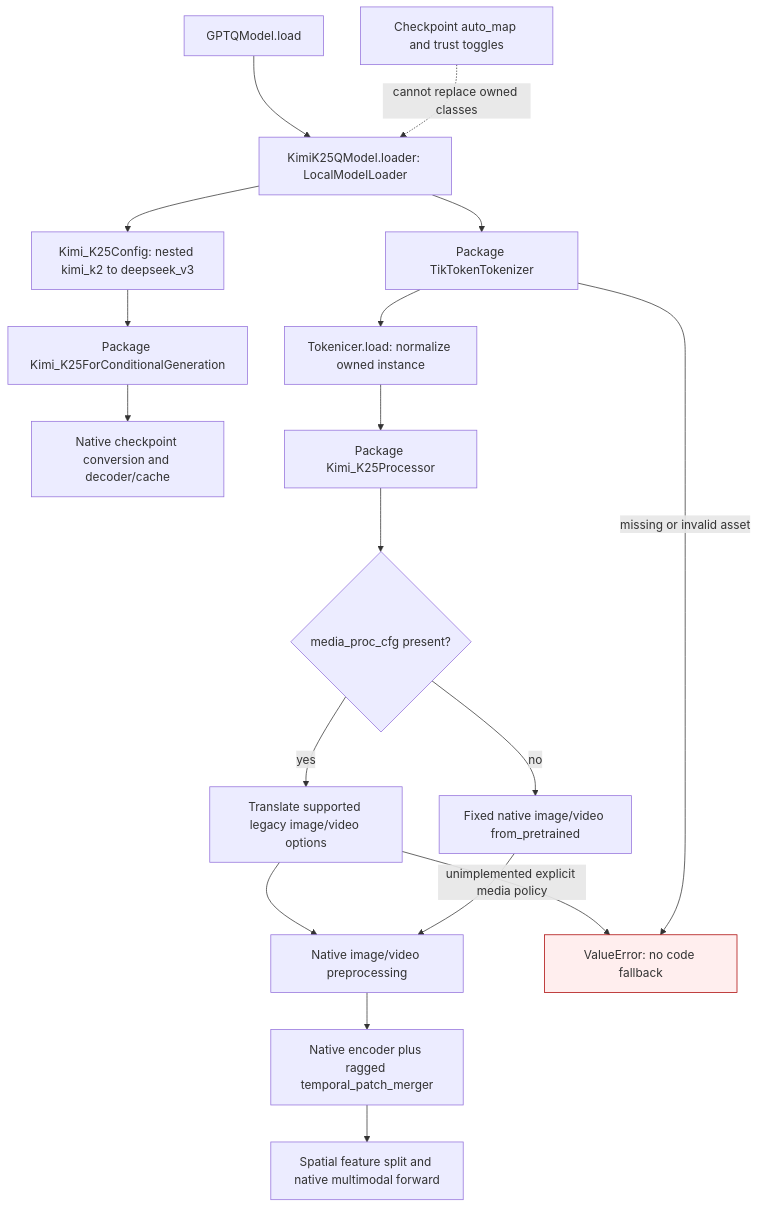
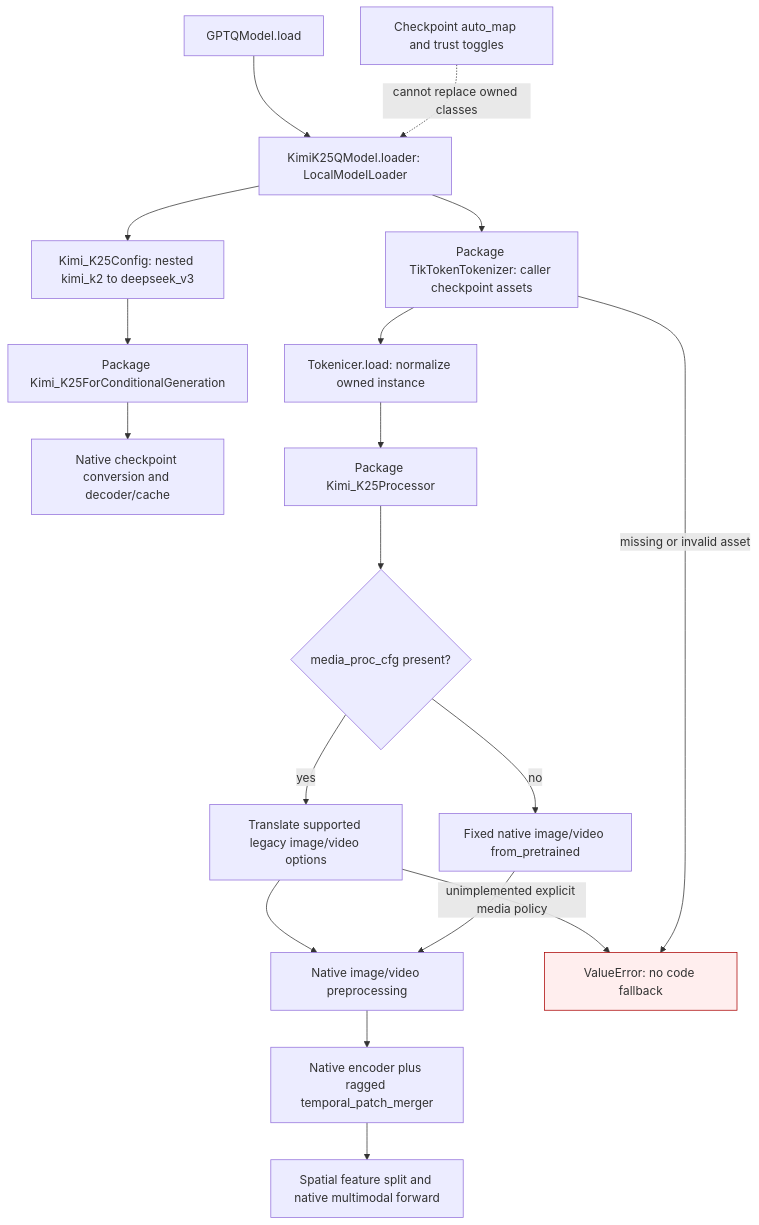
Before and after one commit to ModelCloud/GPTQModel: the second of 3 diagrams in gptqmodel/models/ports/kimi_k25/README.md, drawn with Mermaid. The commit also changed other lines of this file and 13 other files, not shown here.

````diff
--- a/gptqmodel/models/ports/kimi_k25/README.md
+++ b/gptqmodel/models/ports/kimi_k25/README.md
@@ -95,22 +104,22 @@
 ```mermaid
 flowchart TD
   A["GPTQModel.load"] --> B["KimiK25QModel.loader: LocalModelLoader"]
   B --> C["Kimi_K25Config: nested kimi_k2 to deepseek_v3"]
   C --> D["Package Kimi_K25ForConditionalGeneration"]
   D --> E["Native checkpoint conversion and decoder/cache"]
-  B --> F["Package TikTokenTokenizer"]
+  B --> F["Package TikTokenTokenizer: caller checkpoint assets"]
   F --> G["Tokenicer.load: normalize owned instance"]
   G --> H["Package Kimi_K25Processor"]
   H --> I{"media_proc_cfg present?"}
   I -->|yes| J["Translate supported legacy image/video options"]
   I -->|no| K["Fixed native image/video from_pretrained"]
   J --> L["Native image/video preprocessing"]
   K --> L
   J -->|unimplemented explicit media policy| X["ValueError: no code fallback"]
   L --> M["Native encoder plus ragged temporal_patch_merger"]
   M --> N["Spatial feature split and native multimodal forward"]
   F -->|missing or invalid asset| X
   R["Checkpoint auto_map and trust toggles"] -. cannot replace owned classes .-> B
   classDef failure fill:#fee,stroke:#a00
   class X failure
 ```
````
